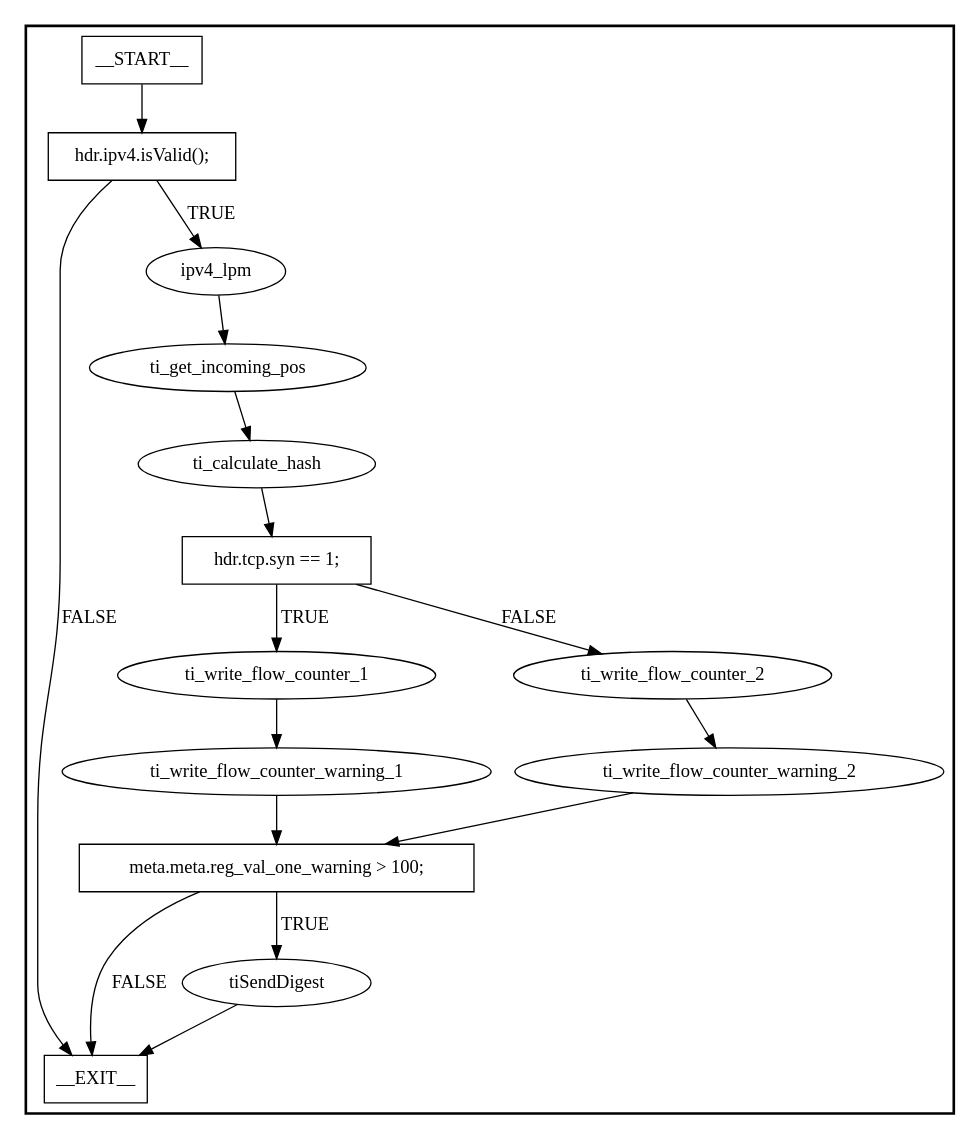
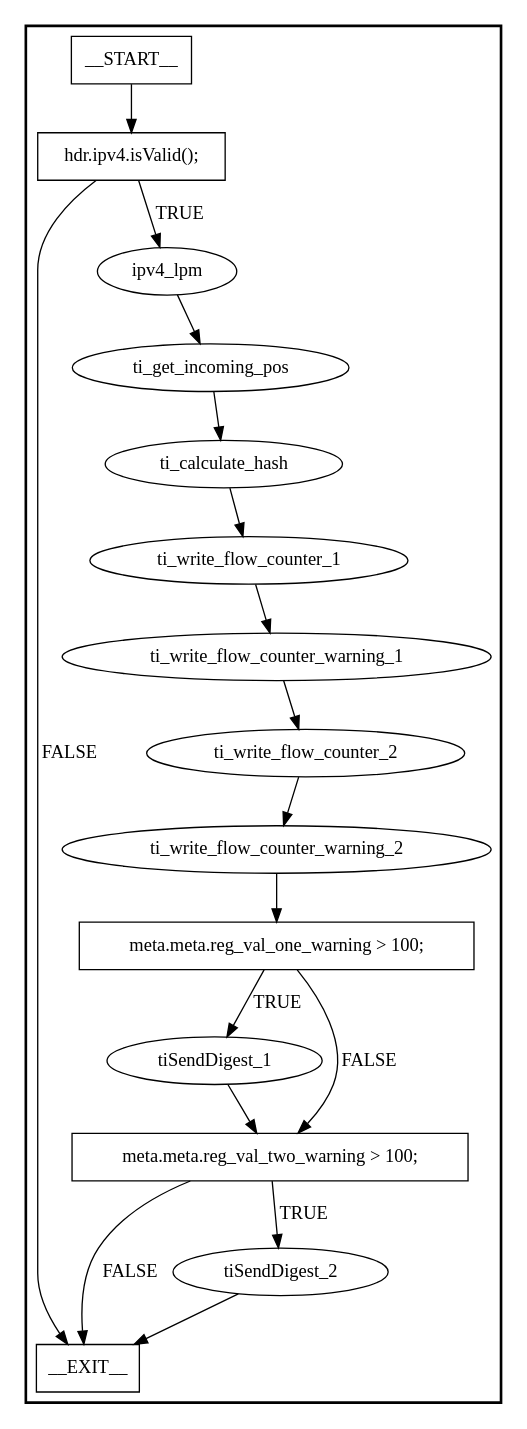
Before and after one commit to eniac/FP4: the diagram in instrumentation/mvbl/context_dot_cache/dos_defense/ingress.dot, drawn with Graphviz. The commit also changed 12 other files, not shown here.

```diff
--- a/instrumentation/mvbl/context_dot_cache/dos_defense/ingress.dot
+++ b/instrumentation/mvbl/context_dot_cache/dos_defense/ingress.dot
@@ -1,34 +1,36 @@
 digraph ingress {
 subgraph cluster {
 graph [
 label="", labeljust=r, style=bold];
 0[label=__START__, margin="", shape=rectangle, style=solid];
 1[label=__EXIT__, margin="", shape=rectangle, style=solid];
 2[label="hdr.ipv4.isValid();", margin="", shape=rectangle, style=solid];
 3[label=ipv4_lpm, margin="", shape=ellipse, style=solid];
 4[label=ti_get_incoming_pos, margin="", shape=ellipse, style=solid];
 5[label=ti_calculate_hash, margin="", shape=ellipse, style=solid];
-6[label="hdr.tcp.syn == 1;", margin="", shape=rectangle, style=solid];
-7[label=ti_write_flow_counter_1, margin="", shape=ellipse, style=solid];
-8[label=ti_write_flow_counter_warning_1, margin="", shape=ellipse, style=solid];
-9[label=ti_write_flow_counter_2, margin="", shape=ellipse, style=solid];
-10[label=ti_write_flow_counter_warning_2, margin="", shape=ellipse, style=solid];
-11[label="meta.meta.reg_val_one_warning > 100;", margin="", shape=rectangle, style=solid];
-12[label=tiSendDigest, margin="", shape=ellipse, style=solid];
+6[label=ti_write_flow_counter_1, margin="", shape=ellipse, style=solid];
+7[label=ti_write_flow_counter_warning_1, margin="", shape=ellipse, style=solid];
+8[label=ti_write_flow_counter_2, margin="", shape=ellipse, style=solid];
+9[label=ti_write_flow_counter_warning_2, margin="", shape=ellipse, style=solid];
+10[label="meta.meta.reg_val_one_warning > 100;", margin="", shape=rectangle, style=solid];
+11[label=tiSendDigest_1, margin="", shape=ellipse, style=solid];
+12[label="meta.meta.reg_val_two_warning > 100;", margin="", shape=rectangle, style=solid];
+13[label=tiSendDigest_2, margin="", shape=ellipse, style=solid];
 0 -> 2[label=""];
 2 -> 3[label=TRUE];
 2 -> 1[label=FALSE];
 3 -> 4[label=""];
 4 -> 5[label=""];
 5 -> 6[label=""];
-6 -> 7[label=TRUE];
-6 -> 9[label=FALSE];
+6 -> 7[label=""];
 7 -> 8[label=""];
-8 -> 11[label=""];
+8 -> 9[label=""];
 9 -> 10[label=""];
-10 -> 11[label=""];
-11 -> 12[label=TRUE];
-11 -> 1[label=FALSE];
-12 -> 1[label=""];
+10 -> 11[label=TRUE];
+10 -> 12[label=FALSE];
+11 -> 12[label=""];
+12 -> 13[label=TRUE];
+12 -> 1[label=FALSE];
+13 -> 1[label=""];
 }
 }
```
